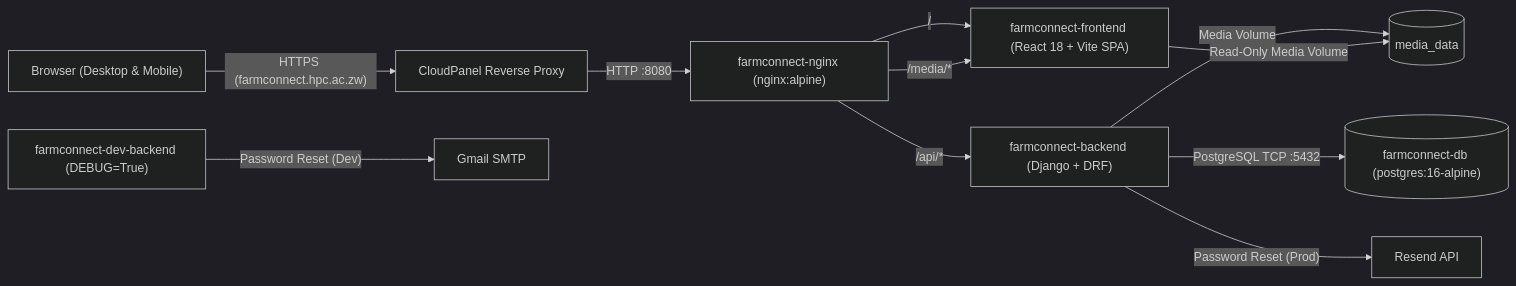
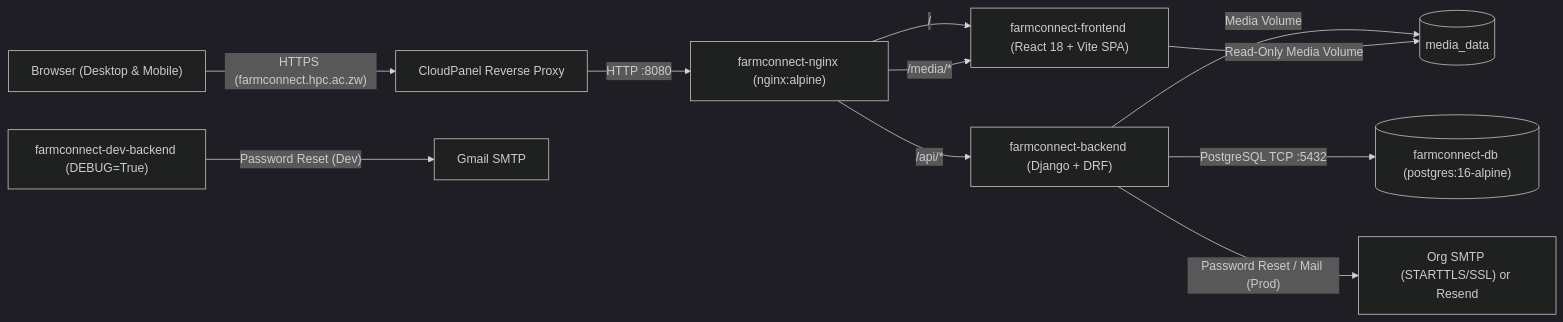
One commit to finesser1408/Farm-Connect changed the diagram in docs/03-architecture/SYSTEM_ARCHITECTURE.md. Above: the diagram before and after it, drawn with Mermaid (dark theme). The commit also changed other lines of this file and 71 other files, not shown here.

````diff
--- a/docs/03-architecture/SYSTEM_ARCHITECTURE.md
+++ b/docs/03-architecture/SYSTEM_ARCHITECTURE.md
@@ -14,13 +14,13 @@
 ```mermaid
 flowchart LR
     User["Browser (Desktop & Mobile)"] -->|"HTTPS (farmconnect.hpc.ac.zw)"| CP["CloudPanel Reverse Proxy"]
     CP -->|"HTTP :8080"| Nginx["farmconnect-nginx (nginx:alpine)"]
     Nginx -->|"/"| FE["farmconnect-frontend (React 18 + Vite SPA)"]
     Nginx -->|"/api/*"| BE["farmconnect-backend (Django + DRF)"]
     Nginx -->|"/media/*"| FE
     BE -->|"PostgreSQL TCP :5432"| DB[("farmconnect-db (postgres:16-alpine)")]
     BE -->|"Media Volume"| Media[("media_data")]
     FE -->|"Read-Only Media Volume"| Media
-    BE -->|"Password Reset (Prod)"| Resend["Resend API"]
+    BE -->|"Password Reset / Mail (Prod)"| ProdMail["Org SMTP (STARTTLS/SSL) or Resend"]
     DevBE["farmconnect-dev-backend (DEBUG=True)"] -->|"Password Reset (Dev)"| Gmail["Gmail SMTP"]
 ```
````
